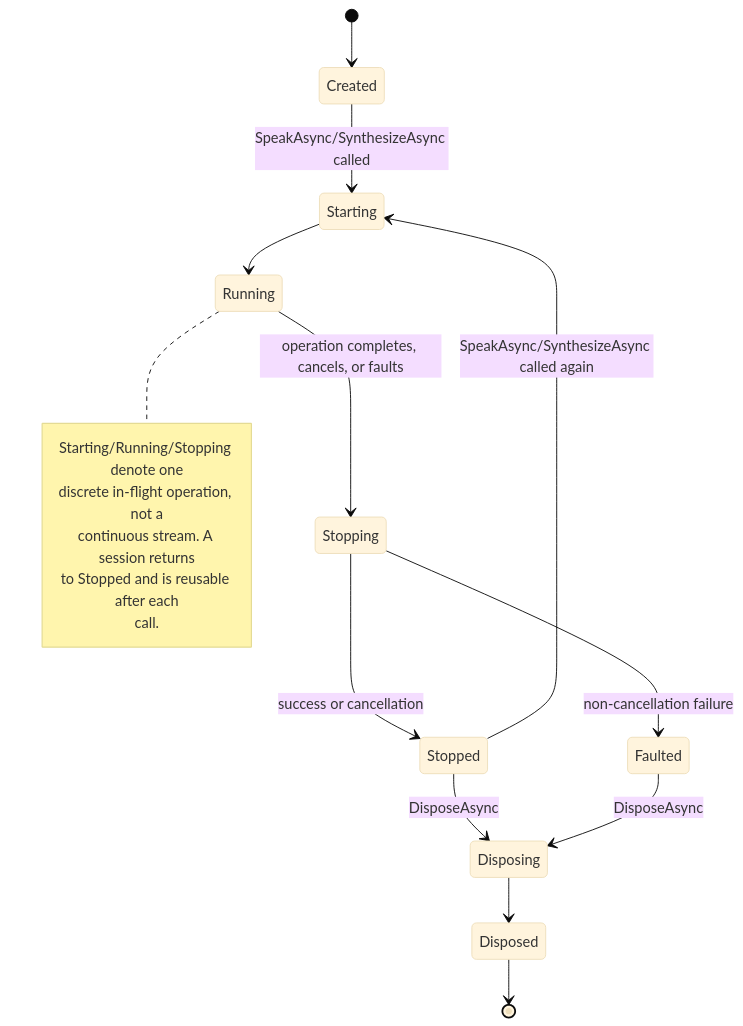
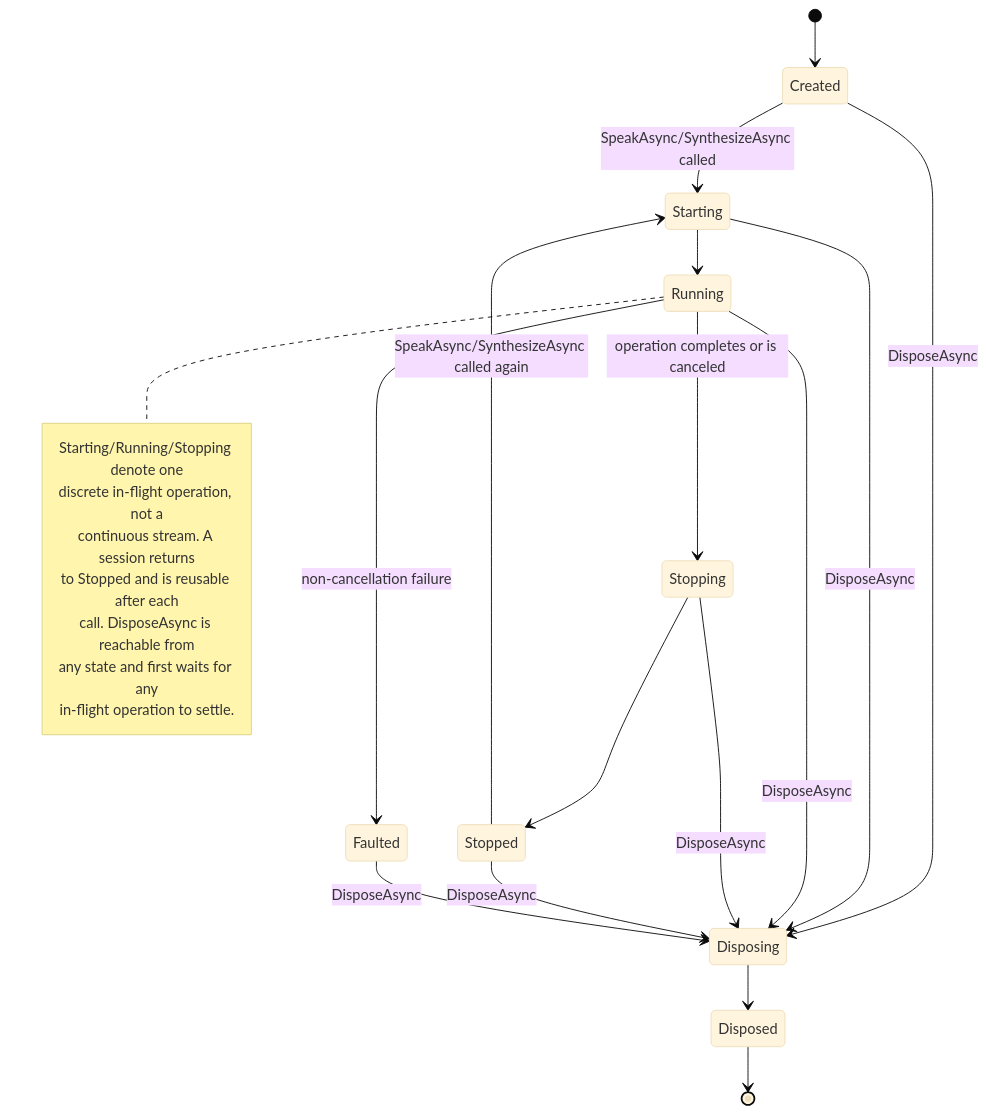
Before and after one commit to demaconsulting/Speech: the diagram in docs/design/speech/synthesis-subsystem.md, drawn with Mermaid (base theme). The commit also changed other lines of this file and 1077 other files, not shown here.

````diff
--- a/docs/design/speech/synthesis-subsystem.md
+++ b/docs/design/speech/synthesis-subsystem.md
@@ -174,22 +121,28 @@
 ```mermaid
 stateDiagram-v2
     [*] --> Created
     Created --> Starting : SpeakAsync/SynthesizeAsync called
     Starting --> Running
-    Running --> Stopping : operation completes, cancels, or faults
-    Stopping --> Stopped : success or cancellation
-    Stopping --> Faulted : non-cancellation failure
+    Running --> Stopping : operation completes or is canceled
+    Running --> Faulted : non-cancellation failure
+    Stopping --> Stopped
     Stopped --> Starting : SpeakAsync/SynthesizeAsync called again
+    Created --> Disposing : DisposeAsync
+    Starting --> Disposing : DisposeAsync
+    Running --> Disposing : DisposeAsync
+    Stopping --> Disposing : DisposeAsync
     Stopped --> Disposing : DisposeAsync
     Faulted --> Disposing : DisposeAsync
     Disposing --> Disposed
     Disposed --> [*]
 
     note right of Running
         Starting/Running/Stopping denote one
         discrete in-flight operation, not a
         continuous stream. A session returns
         to Stopped and is reusable after each
-        call.
+        call. DisposeAsync is reachable from
+        any state and first waits for any
+        in-flight operation to settle.
     end note
 ```
````
